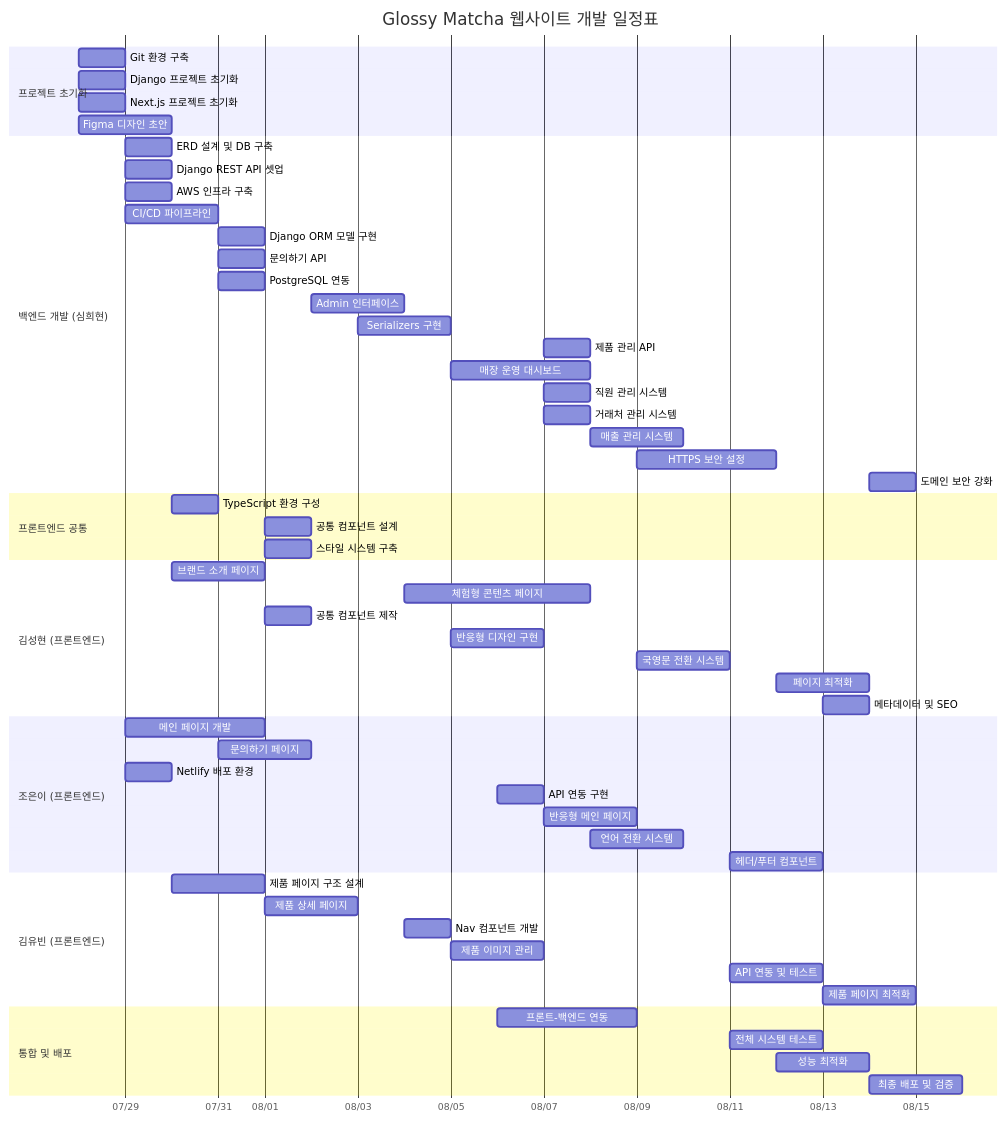
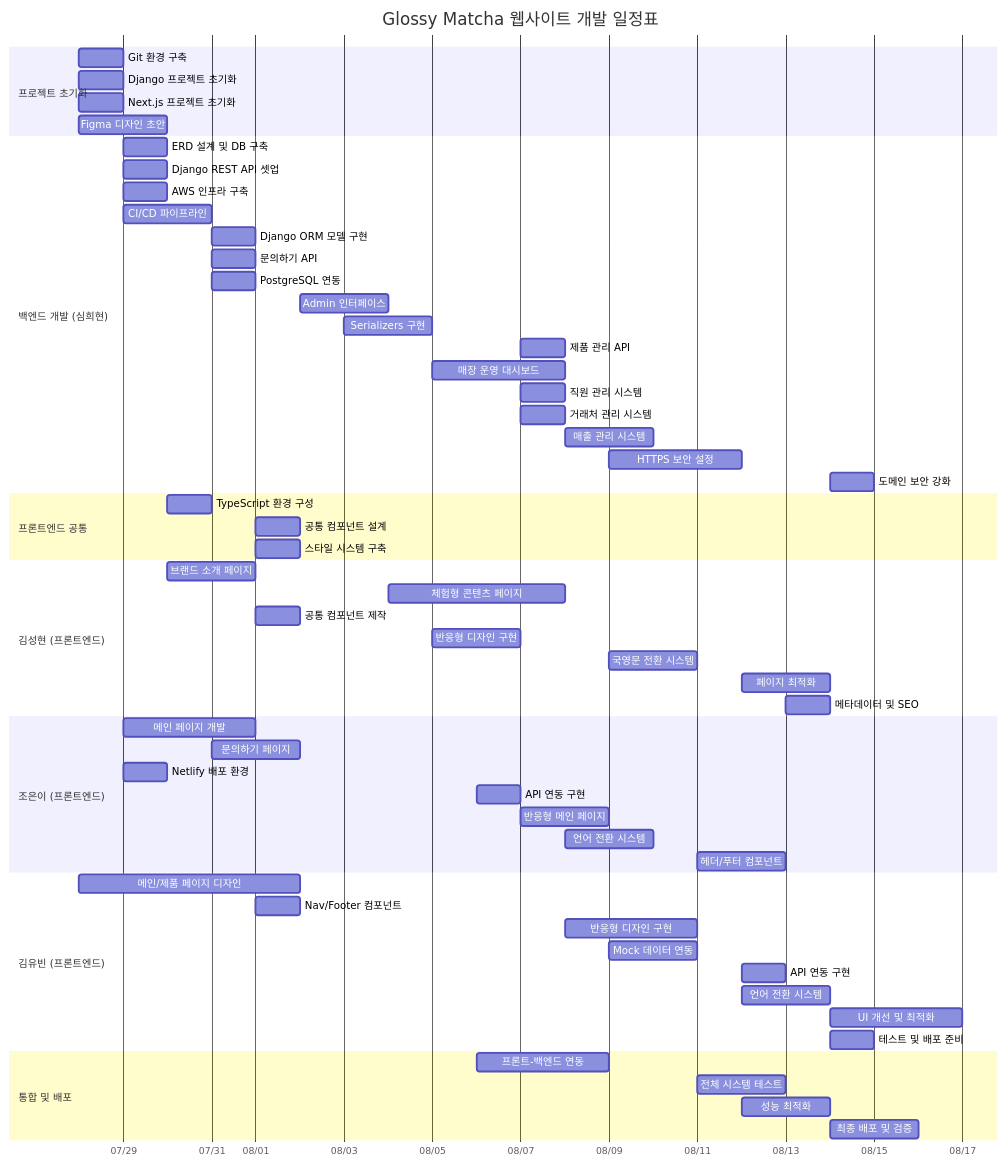
The diagram in README.md (Elarin22/Glossy_Matcha), drawn with Mermaid before and after one commit. The commit also changed other lines of this file and 3 other files, not shown here.

````diff
--- a/README.md
+++ b/README.md
@@ -115,67 +126,69 @@
 ```mermaid
 gantt
     title Glossy Matcha 웹사이트 개발 일정표
     dateFormat  YYYY-MM-DD
     axisFormat  %m/%d
-    
+
     section 프로젝트 초기화
     Git 환경 구축           :setup1, 2024-07-28, 1d
     Django 프로젝트 초기화  :setup2, 2024-07-28, 1d
     Next.js 프로젝트 초기화 :setup3, 2024-07-28, 1d
     Figma 디자인 초안       :setup4, 2024-07-28, 2d
-    
+
     section 백엔드 개발 (심희현)
     ERD 설계 및 DB 구축     :be1, 2024-07-29, 1d
     Django REST API 셋업    :be2, 2024-07-29, 1d
     AWS 인프라 구축         :be3, 2024-07-29, 1d
     CI/CD 파이프라인        :be4, 2024-07-29, 2d
     Django ORM 모델 구현    :be5, 2024-07-31, 1d
     문의하기 API            :be6, 2024-07-31, 1d
     PostgreSQL 연동         :be7, 2024-07-31, 1d
     Admin 인터페이스        :be8, 2024-08-02, 2d
     Serializers 구현        :be9, 2024-08-03, 2d
     제품 관리 API           :be10, 2024-08-07, 1d
     매장 운영 대시보드      :be11, 2024-08-05, 3d
     직원 관리 시스템        :be12, 2024-08-07, 1d
     거래처 관리 시스템      :be13, 2024-08-07, 1d
     매출 관리 시스템        :be14, 2024-08-08, 2d
     HTTPS 보안 설정         :be15, 2024-08-09, 3d
     도메인 보안 강화        :be16, 2024-08-14, 1d
-    
+
     section 프론트엔드 공통
     TypeScript 환경 구성    :fe1, 2024-07-30, 1d
     공통 컴포넌트 설계      :fe2, 2024-08-01, 1d
     스타일 시스템 구축      :fe3, 2024-08-01, 1d
-    
+
     section 김성현 (프론트엔드)
     브랜드 소개 페이지      :fe4, 2024-07-30, 2d
     체험형 콘텐츠 페이지    :fe5, 2024-08-04, 4d
     공통 컴포넌트 제작      :fe6, 2024-08-01, 1d
     반응형 디자인 구현      :fe7, 2024-08-05, 2d
     국영문 전환 시스템      :fe8, 2024-08-09, 2d
     페이지 최적화           :fe9, 2024-08-12, 2d
     메타데이터 및 SEO       :fe10, 2024-08-13, 1d
-    
+
     section 조은이 (프론트엔드)
     메인 페이지 개발        :fe11, 2024-07-29, 3d
     문의하기 페이지         :fe12, 2024-07-31, 2d
     Netlify 배포 환경       :fe13, 2024-07-29, 1d
     API 연동 구현           :fe14, 2024-08-06, 1d
     반응형 메인 페이지      :fe15, 2024-08-07, 2d
     언어 전환 시스템        :fe16, 2024-08-08, 2d
     헤더/푸터 컴포넌트      :fe17, 2024-08-11, 2d
-    
+
     section 김유빈 (프론트엔드)
-    제품 페이지 구조 설계   :fe18, 2024-07-30, 2d
-    제품 상세 페이지        :fe19, 2024-08-01, 2d
-    Nav 컴포넌트 개발       :fe20, 2024-08-04, 1d
-    제품 이미지 관리        :fe21, 2024-08-05, 2d
-    API 연동 및 테스트      :fe22, 2024-08-11, 2d
-    제품 페이지 최적화      :fe23, 2024-08-13, 2d
-    
+    메인/제품 페이지 디자인      :fe18, 2024-07-28, 5d
+    Nav/Footer 컴포넌트       :fe19, 2024-08-01, 1d
+    반응형 디자인 구현        :fe20, 2024-08-08, 3d
+    Mock 데이터 연동          :fe21, 2024-08-09, 2d
+    API 연동 구현             :fe22, 2024-08-12, 1d
+    언어 전환 시스템          :fe23, 2024-08-12, 2d
+    UI 개선 및 최적화         :fe24, 2024-08-14, 3d
+    테스트 및 배포 준비       :fe25, 2024-08-14, 1d
+
     section 통합 및 배포
     프론트-백엔드 연동      :integration1, 2024-08-06, 3d
     전체 시스템 테스트      :integration2, 2024-08-11, 2d
     성능 최적화             :integration3, 2024-08-12, 2d
     최종 배포 및 검증       :integration4, 2024-08-14, 2d
 ```
````
